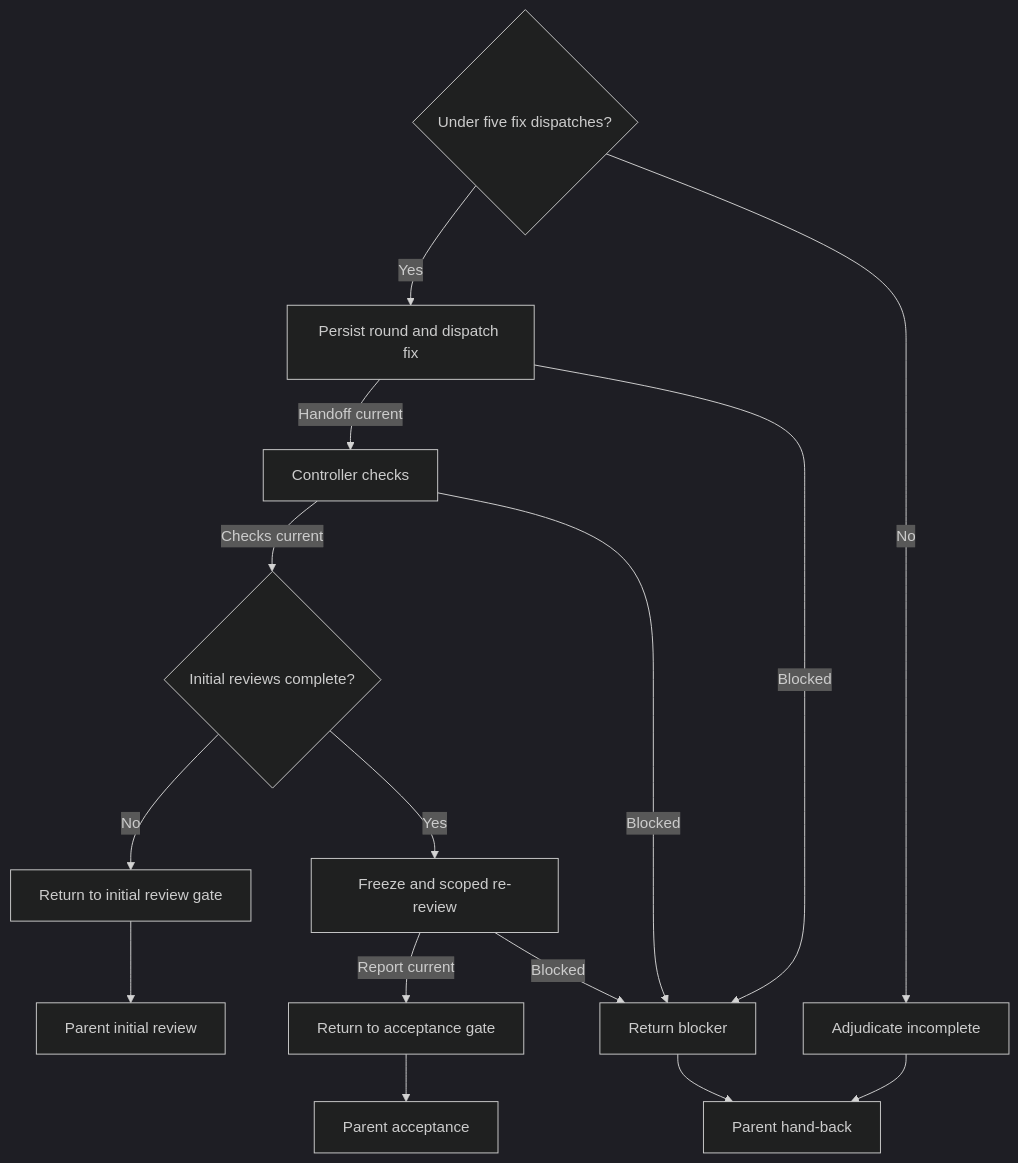
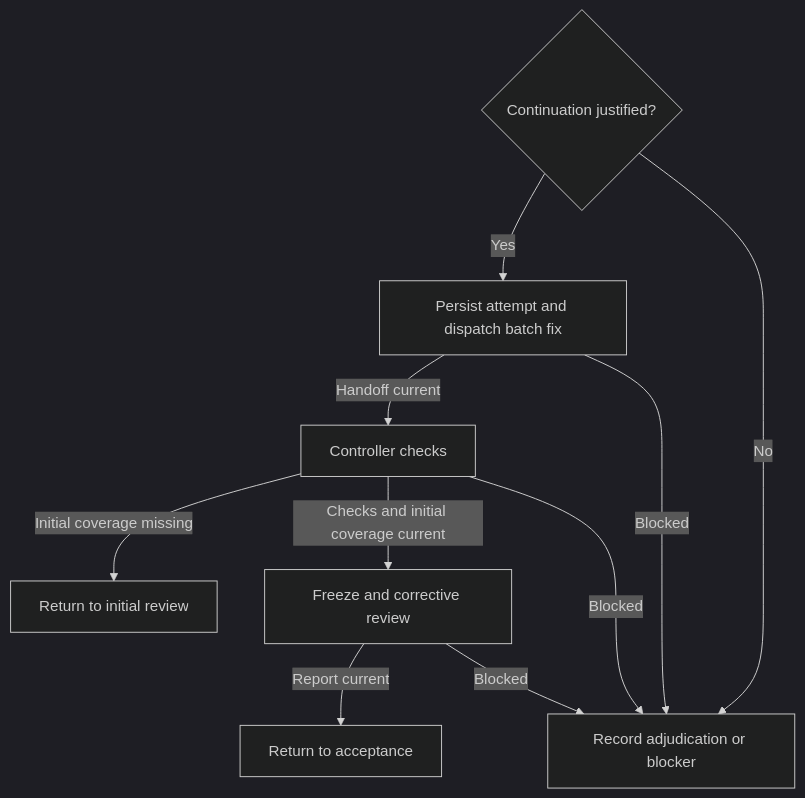
Before and after one commit to UseTheFork/spindle: the diagram in src/blueprints/skills/int-subagent-driven-dev/references/corrective-rounds.md, drawn with Mermaid (dark theme). The commit also changed other lines of this file and 16 other files, not shown here.

````diff
--- a/src/blueprints/skills/int-subagent-driven-dev/references/corrective-rounds.md
+++ b/src/blueprints/skills/int-subagent-driven-dev/references/corrective-rounds.md
@@ -5,17 +13,12 @@
 ```mermaid
 flowchart TD
-    A{Under five fix dispatches?} -->|Yes| B[Persist round and dispatch fix]
-    A -->|No| Z[Adjudicate incomplete]
+    A{Continuation justified?} -- Yes --> B[Persist attempt and dispatch batch fix]
+    A -- No --> X[Record adjudication or blocker]
     B -- Handoff current --> C[Controller checks]
-    B -- Blocked --> X[Return blocker]
-    C -- Checks current --> P{Initial reviews complete?}
+    B -- Blocked --> X
+    C -- Initial coverage missing --> R[Return to initial review]
+    C -- Checks and initial coverage current --> D[Freeze and corrective review]
     C -- Blocked --> X
-    P -- No --> R[Return to initial review gate]
-    P -- Yes --> D[Freeze and scoped re-review]
-    D -- Report current --> E[Return to acceptance gate]
+    D -- Report current --> F[Return to acceptance]
     D -- Blocked --> X
-    Z --> Q[Parent hand-back]
-    X --> Q
-    R --> T[Parent initial review]
-    E --> U[Parent acceptance]
 ```
````
